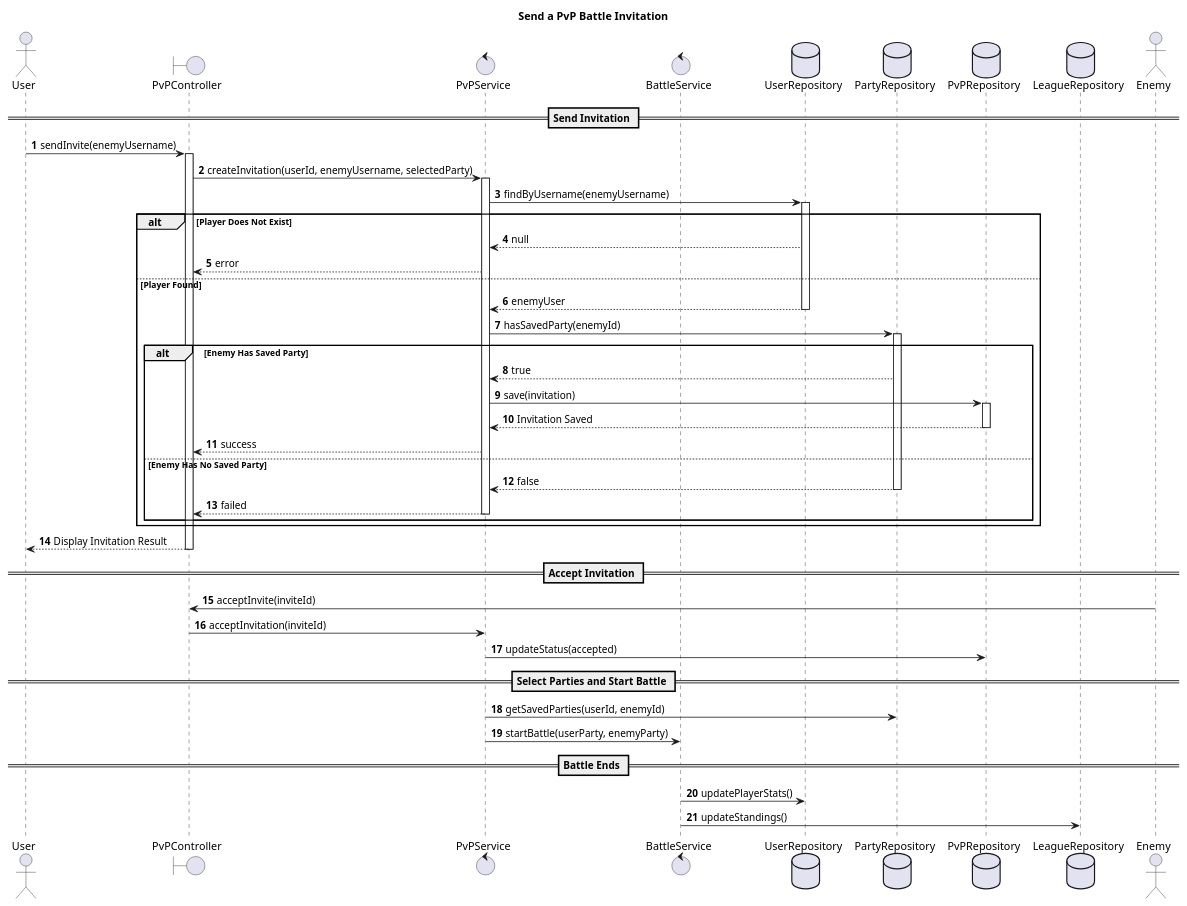
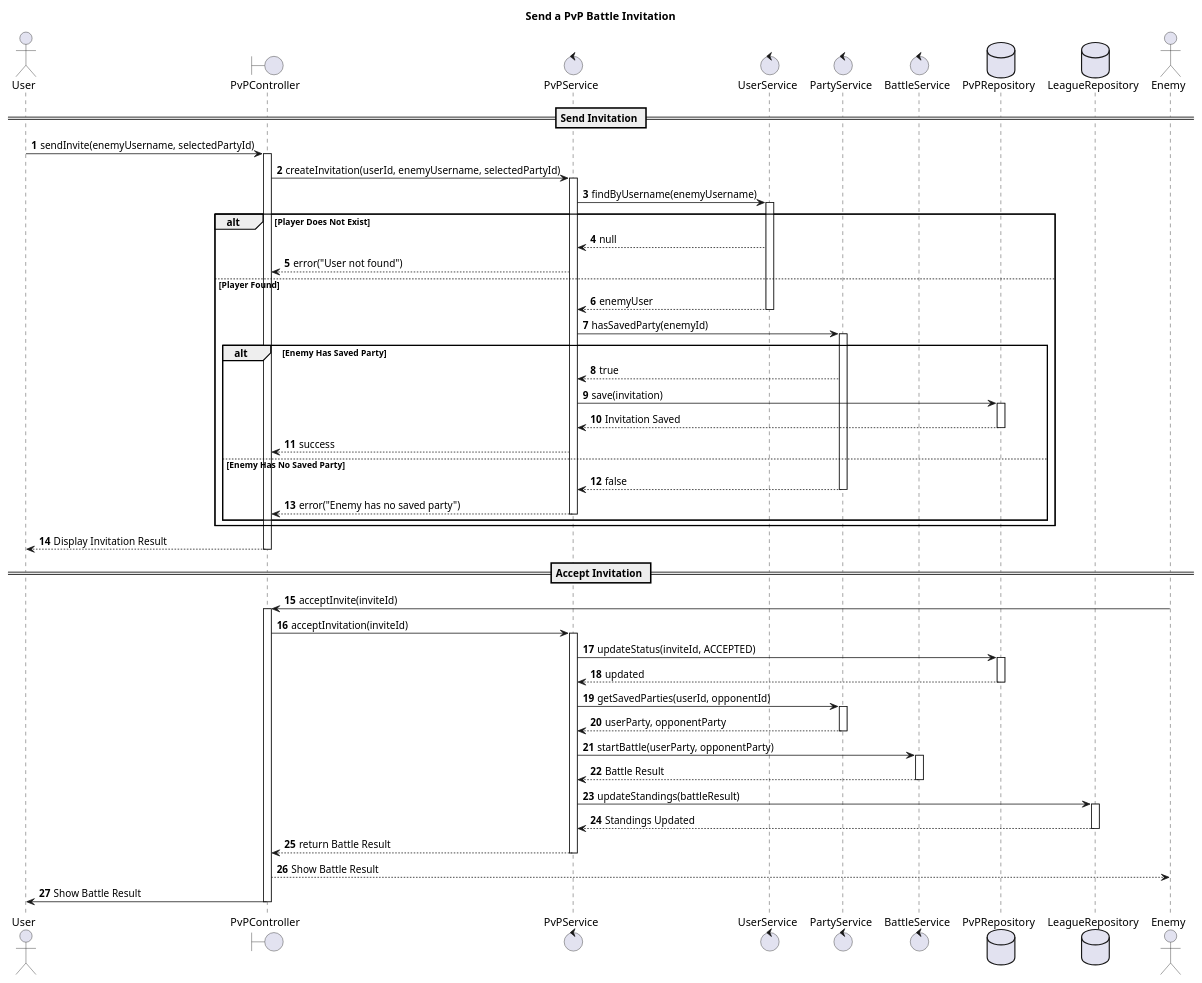
The diagram in Sequence Diagrams/Use Case 7_Invite PvP Battle.puml (MohammedPatel-yorku/LegendsOfSwordAndWand), drawn with PlantUML before and after one commit. The commit also changed 13 other files, not shown here.

Commit message:
Diagrams Updated

```diff
--- a/Sequence Diagrams/Use Case 7_Invite PvP Battle.puml
+++ b/Sequence Diagrams/Use Case 7_Invite PvP Battle.puml
@@ -1,78 +1,98 @@
 @startuml
 'https://plantuml.com/sequence-diagram
 
 autonumber
 
 title Send a PvP Battle Invitation
 
 actor User
 
 boundary PvPController
 control PvPService
+control UserService
+control PartyService
 control BattleService
-database UserRepository
-database PartyRepository
 database PvPRepository
 database LeagueRepository
 
 actor Enemy
 
 == Send Invitation ==
-User -> PvPController: sendInvite(enemyUsername)
+User -> PvPController: sendInvite(enemyUsername, selectedPartyId)
 activate PvPController
-PvPController -> PvPService: createInvitation(userId, enemyUsername, selectedParty)
+PvPController -> PvPService: createInvitation(userId, enemyUsername, selectedPartyId)
 activate PvPService
 
 
-PvPService -> UserRepository: findByUsername(enemyUsername)
-activate UserRepository
+PvPService -> UserService: findByUsername(enemyUsername)
+activate UserService
 
 alt Player Does Not Exist
-    UserRepository --> PvPService: null
-    PvPService --> PvPController: error
+    UserService --> PvPService: null
+    PvPService --> PvPController: error("User not found")
 
 else Player Found
-    UserRepository --> PvPService: enemyUser
-    deactivate UserRepository
+    UserService --> PvPService: enemyUser
+    deactivate UserService
 
-    PvPService -> PartyRepository: hasSavedParty(enemyId)
-    activate PartyRepository
+    PvPService -> PartyService: hasSavedParty(enemyId)
+    activate PartyService
 
     alt Enemy Has Saved Party
-        PartyRepository --> PvPService: true
+        PartyService --> PvPService: true
 
         PvPService -> PvPRepository: save(invitation)
         activate PvPRepository
         PvPRepository --> PvPService: Invitation Saved
         deactivate PvPRepository
         PvPService --> PvPController: success
 
     else Enemy Has No Saved Party
-        PartyRepository --> PvPService: false
-        deactivate PartyRepository
+        PartyService --> PvPService: false
+        deactivate PartyService
 
-        PvPService --> PvPController: failed
+        PvPService --> PvPController: error("Enemy has no saved party")
         deactivate PvPService
 
     end
 
 end
 
 PvPController --> User: Display Invitation Result
 deactivate PvPController
 
 == Accept Invitation ==
 Enemy -> PvPController: acceptInvite(inviteId)
+activate PvPController
+
 PvPController -> PvPService: acceptInvitation(inviteId)
+activate PvPService
 
-PvPService -> PvPRepository: updateStatus(accepted)
+PvPService -> PvPRepository: updateStatus(inviteId, ACCEPTED)
+activate PvPRepository
+PvPRepository --> PvPService: updated
+deactivate PvPRepository
 
-== Select Parties and Start Battle ==
-PvPService -> PartyRepository: getSavedParties(userId, enemyId)
-PvPService -> BattleService: startBattle(userParty, enemyParty)
+PvPService -> PartyService: getSavedParties(userId, opponentId)
+activate PartyService
+PartyService --> PvPService: userParty, opponentParty
+deactivate PartyService
 
-== Battle Ends ==
-BattleService -> UserRepository: updatePlayerStats()
-BattleService -> LeagueRepository: updateStandings()
+PvPService -> BattleService: startBattle(userParty, opponentParty)
+activate BattleService
+BattleService --> PvPService: Battle Result
+deactivate BattleService
+
+PvPService -> LeagueRepository: updateStandings(battleResult)
+activate LeagueRepository
+LeagueRepository --> PvPService: Standings Updated
+deactivate LeagueRepository
+
+PvPService --> PvPController: return Battle Result
+deactivate PvPService
+
+PvPController --> Enemy: Show Battle Result
+PvPController -> User: Show Battle Result
+deactivate PvPController
 
 @enduml
```
